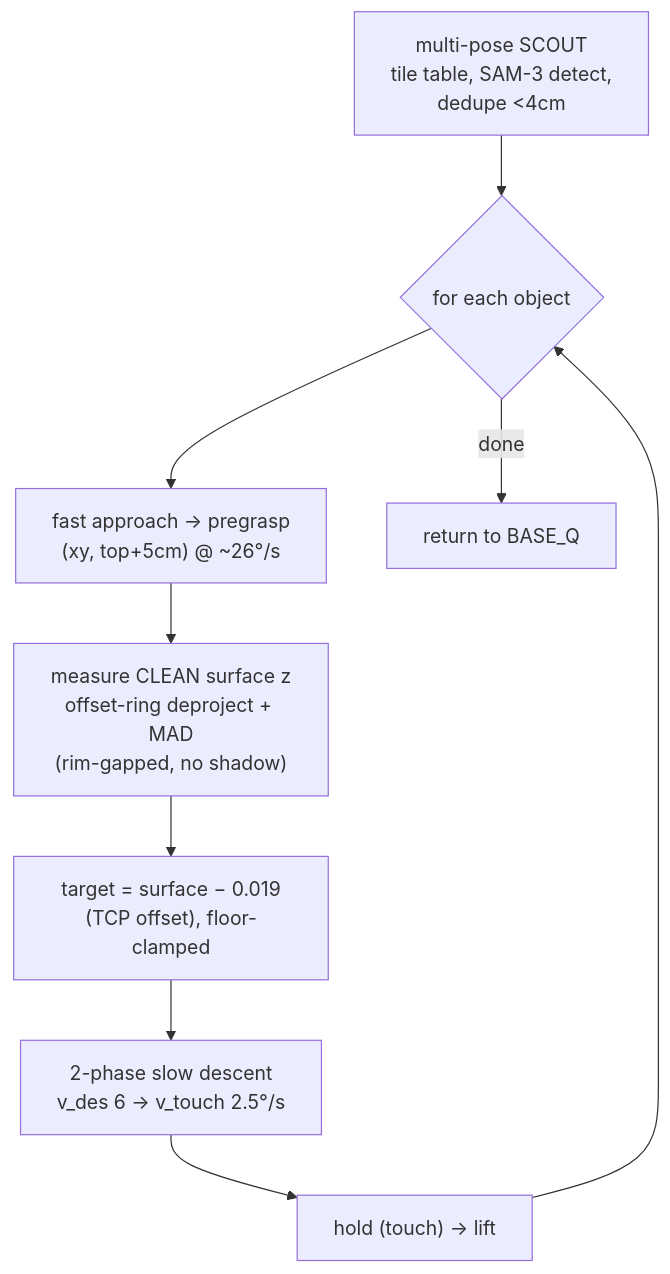
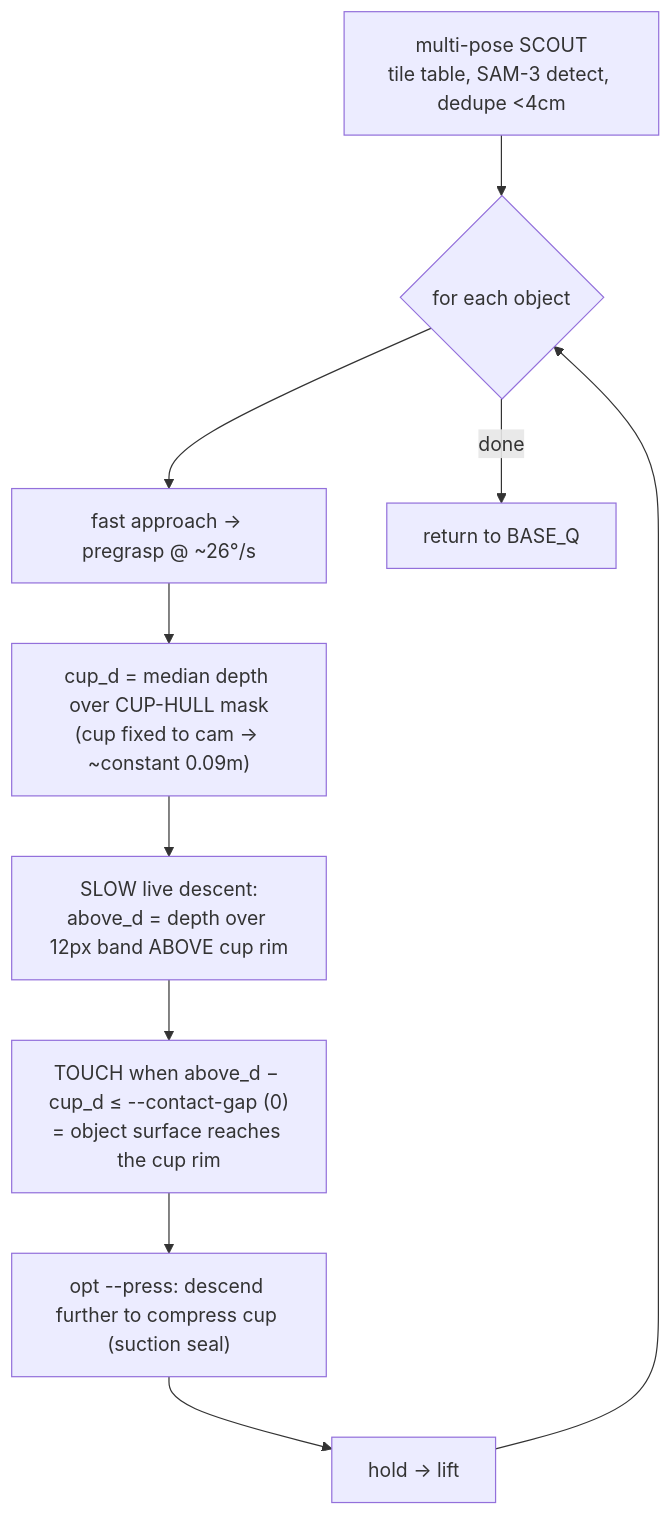
Before and after one commit to frankkimrobotics/pick_n_place: the second of 6 diagrams in outputs/pipeline_overview.md, drawn with Mermaid. The commit also changed other lines of this file and 5 other files, not shown here.

First line of the commit message:
Depth-based contact as canonical; table-touch tools; multi-cam calib; wiki update

````diff
--- a/outputs/pipeline_overview.md
+++ b/outputs/pipeline_overview.md
@@ -70,11 +71,12 @@
 ```mermaid
 graph TD
-  S["multi-pose SCOUT<br/>tile table, SAM-3 detect,<br/>dedupe <4cm"] --> L{"for each object"}
-  L --> A["fast approach → pregrasp<br/>(xy, top+5cm) @ ~26°/s"]
-  A --> M["measure CLEAN surface z<br/>offset-ring deproject + MAD<br/>(rim-gapped, no shadow)"]
-  M --> T["target = surface − 0.019<br/>(TCP offset), floor-clamped"]
-  T --> D["2-phase slow descent<br/>v_des 6 → v_touch 2.5°/s"]
-  D --> H["hold (touch) → lift"]
+  S["multi-pose SCOUT<br/>tile table, SAM-3 detect, dedupe <4cm"] --> L{"for each object"}
+  L --> A["fast approach → pregrasp @ ~26°/s"]
+  A --> M["cup_d = median depth over CUP-HULL mask<br/>(cup fixed to cam → ~constant 0.09m)"]
+  M --> D["SLOW live descent:<br/>above_d = depth over 12px band ABOVE cup rim"]
+  D --> T["TOUCH when above_d − cup_d ≤ --contact-gap (0)<br/>= object surface reaches the cup rim"]
+  T --> P["opt --press: descend further to compress cup (suction seal)"]
+  P --> H["hold → lift"]
   H --> L
   L -->|done| B["return to BASE_Q"]
 ```
````
